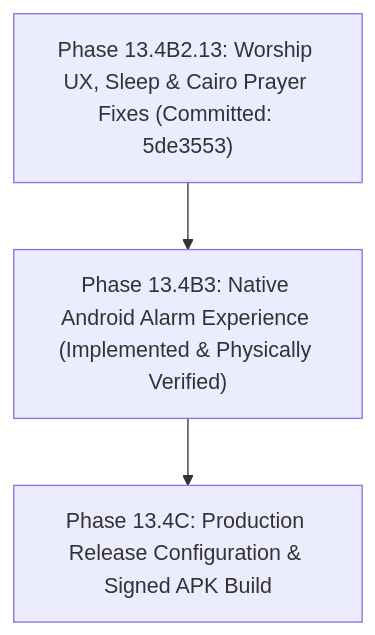
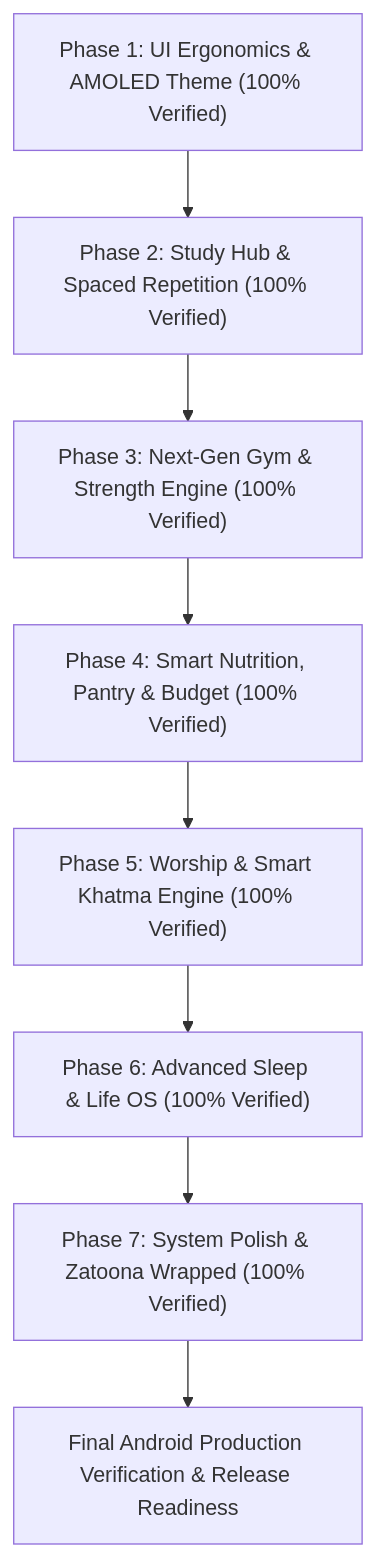
Before and after one commit to medodem36-sudo/zatoona: the diagram in docs/PROJECT_STATUS.md, drawn with Mermaid. The commit also changed other lines of this file and 98 other files, not shown here.

````diff
--- a/docs/PROJECT_STATUS.md
+++ b/docs/PROJECT_STATUS.md
@@ -331,5 +401,10 @@
 ```mermaid
 flowchart TD
-    A["Phase 13.4B2.13: Worship UX, Sleep & Cairo Prayer Fixes (Committed: 5de3553)"] --> B["Phase 13.4B3: Native Android Alarm Experience (Implemented & Physically Verified)"]
-    B --> C["Phase 13.4C: Production Release Configuration & Signed APK Build"]
+    P1["Phase 1: UI Ergonomics & AMOLED Theme (100% Verified)"] --> P2["Phase 2: Study Hub & Spaced Repetition (100% Verified)"]
+    P2 --> P3["Phase 3: Next-Gen Gym & Strength Engine (100% Verified)"]
+    P3 --> P4["Phase 4: Smart Nutrition, Pantry & Budget (100% Verified)"]
+    P4 --> P5["Phase 5: Worship & Smart Khatma Engine (100% Verified)"]
+    P5 --> P6["Phase 6: Advanced Sleep & Life OS (100% Verified)"]
+    P6 --> P7["Phase 7: System Polish & Zatoona Wrapped (100% Verified)"]
+    P7 --> R["Final Android Production Verification & Release Readiness"]
 ```
````
